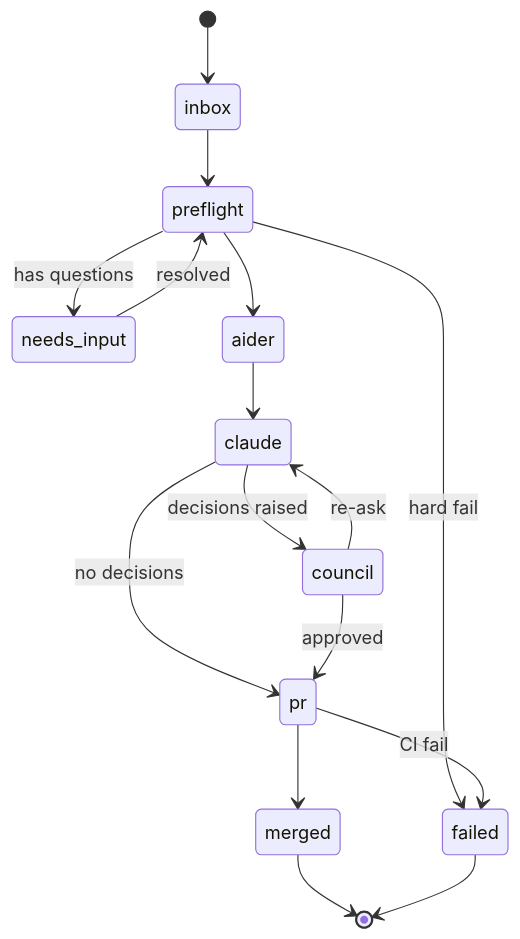
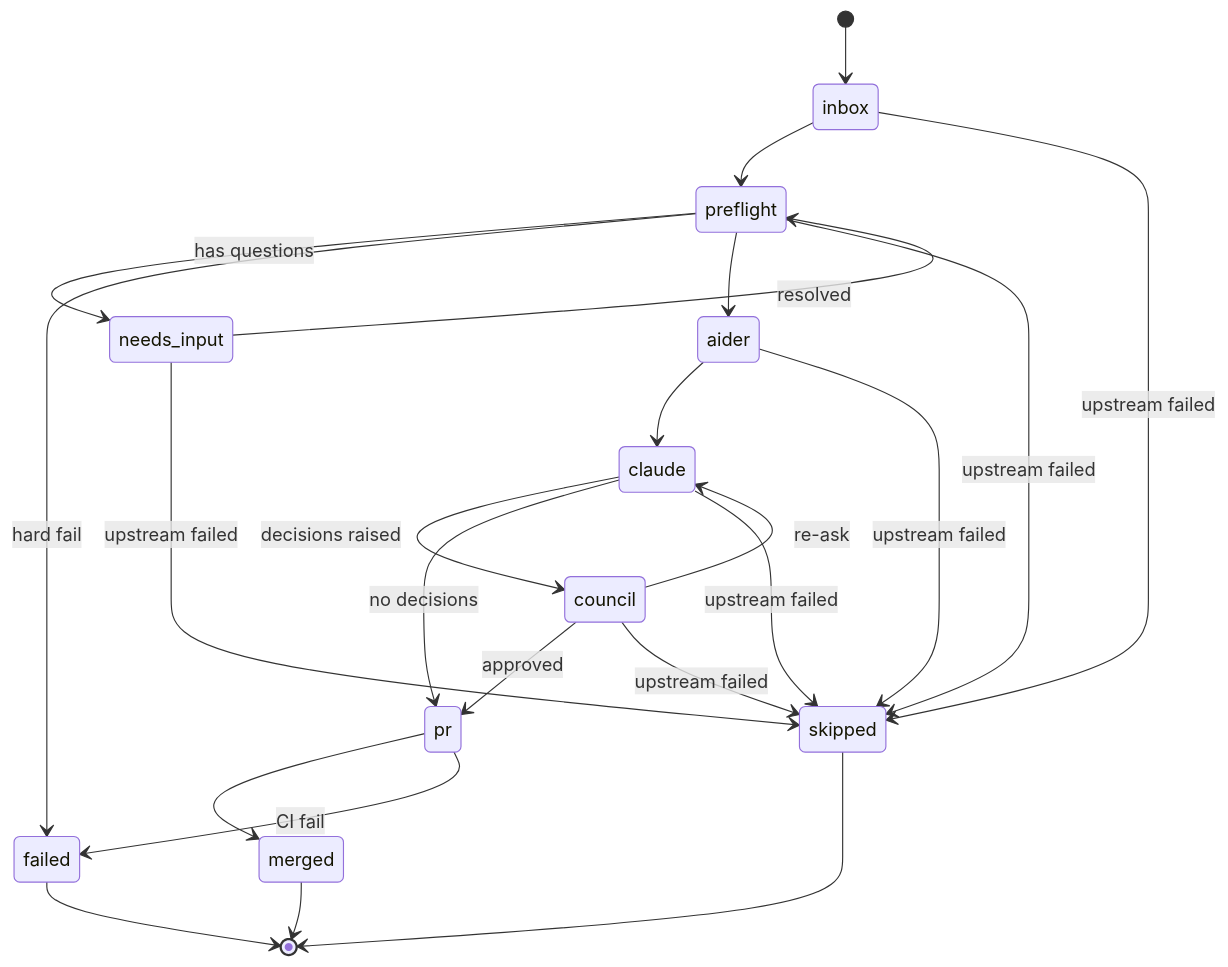
One commit to kphaas/jarvis-standards changed the diagram in docs/adr/ADR-0012-project-phase-pipeline-data-model.md. Above: the diagram before and after it, drawn with Mermaid. The commit also changed other lines of this file, not shown here.

First line of the commit message:
docs(adr): ADR-0012 amendment — skipped terminal stage + dependency-failure policy

````diff
--- a/docs/adr/ADR-0012-project-phase-pipeline-data-model.md
+++ b/docs/adr/ADR-0012-project-phase-pipeline-data-model.md
@@ -670,18 +670,25 @@
 ```mermaid
 stateDiagram-v2
     [*] --> inbox
     inbox --> preflight
+    inbox --> skipped : upstream failed
     preflight --> needs_input : has questions
     needs_input --> preflight : resolved
     preflight --> failed : hard fail
     preflight --> aider
+    preflight --> skipped : upstream failed
+    needs_input --> skipped : upstream failed
     aider --> claude
+    aider --> skipped : upstream failed
     claude --> council : decisions raised
     claude --> pr : no decisions
+    claude --> skipped : upstream failed
     council --> claude : re-ask
     council --> pr : approved
+    council --> skipped : upstream failed
     pr --> merged
     pr --> failed : CI fail
     merged --> [*]
     failed --> [*]
+    skipped --> [*]
 ```
````
